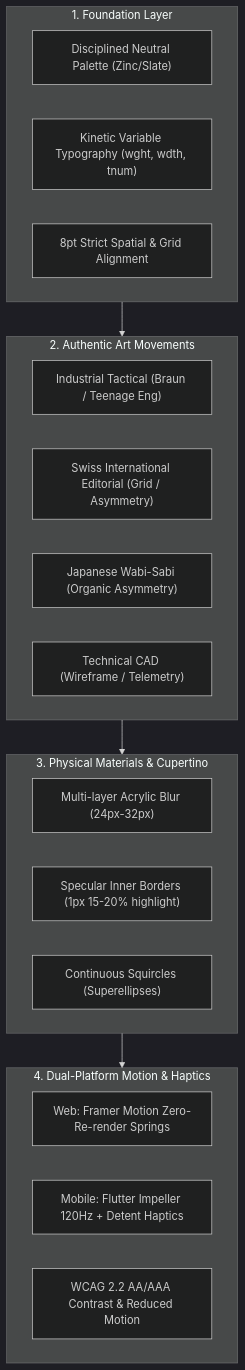
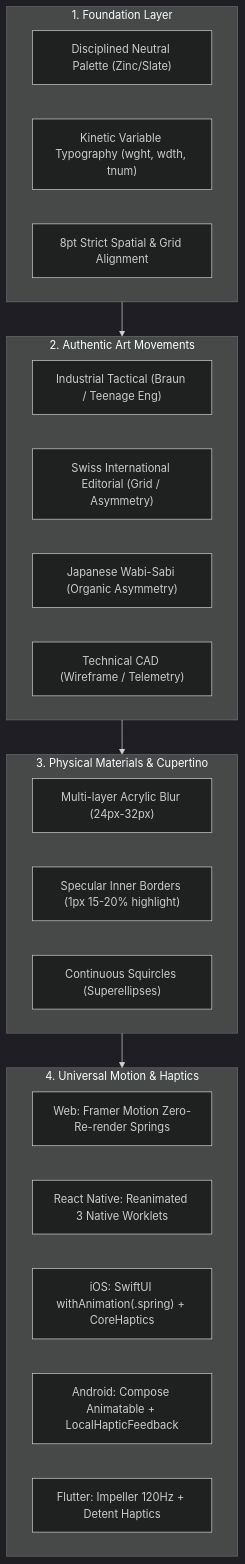
One commit to darknecrocities/SkillBuilder changed the diagram in skills/ui/SKILL.md. Above: the diagram before and after it, drawn with Mermaid (dark theme). The commit also changed other lines of this file and 6 other files, not shown here.

Commit message:
feat(ui): establish universal mobile motion architecture for React Native, iOS, and Android

````diff
--- a/skills/ui/SKILL.md
+++ b/skills/ui/SKILL.md
@@ -16,25 +16,27 @@
 ```mermaid
 flowchart TD
     subgraph Foundation["1. Foundation Layer"]
         A["Disciplined Neutral Palette (Zinc/Slate)"]
         B["Kinetic Variable Typography (wght, wdth, tnum)"]
         C["8pt Strict Spatial & Grid Alignment"]
     end
     subgraph Movements["2. Authentic Art Movements"]
         D["Industrial Tactical (Braun / Teenage Eng)"]
         E["Swiss International Editorial (Grid / Asymmetry)"]
         F["Japanese Wabi-Sabi (Organic Asymmetry)"]
         G["Technical CAD (Wireframe / Telemetry)"]
     end
     subgraph Materials["3. Physical Materials & Cupertino"]
         H["Multi-layer Acrylic Blur (24px-32px)"]
         I["Specular Inner Borders (1px 15-20% highlight)"]
         J["Continuous Squircles (Superellipses)"]
     end
-    subgraph Motion["4. Dual-Platform Motion & Haptics"]
+    subgraph Motion["4. Universal Motion & Haptics"]
         K["Web: Framer Motion Zero-Re-render Springs"]
-        L["Mobile: Flutter Impeller 120Hz + Detent Haptics"]
-        M["WCAG 2.2 AA/AAA Contrast & Reduced Motion"]
+        L["React Native: Reanimated 3 Native Worklets"]
+        M["iOS: SwiftUI withAnimation(.spring) + CoreHaptics"]
+        N["Android: Compose Animatable + LocalHapticFeedback"]
+        O["Flutter: Impeller 120Hz + Detent Haptics"]
     end
     Foundation --> Movements --> Materials --> Motion
 ```
````
